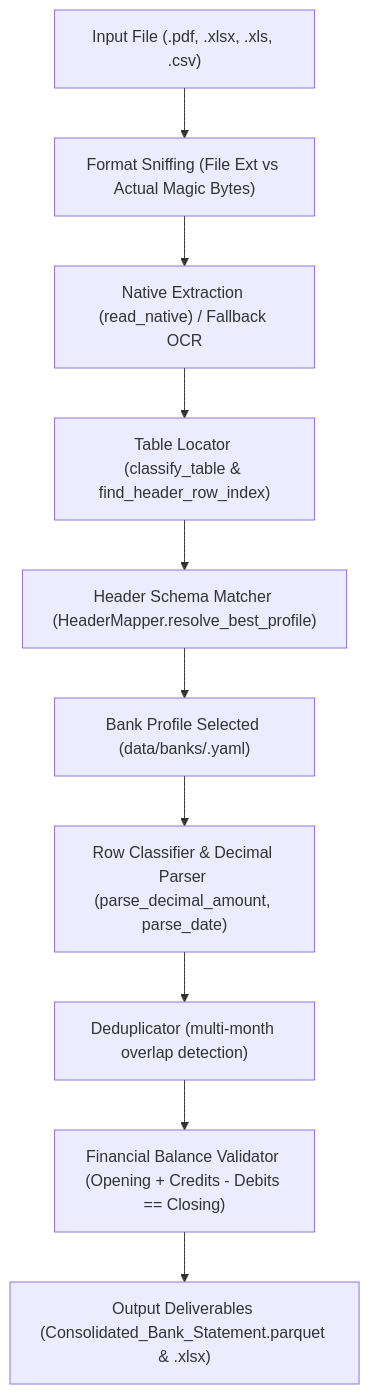
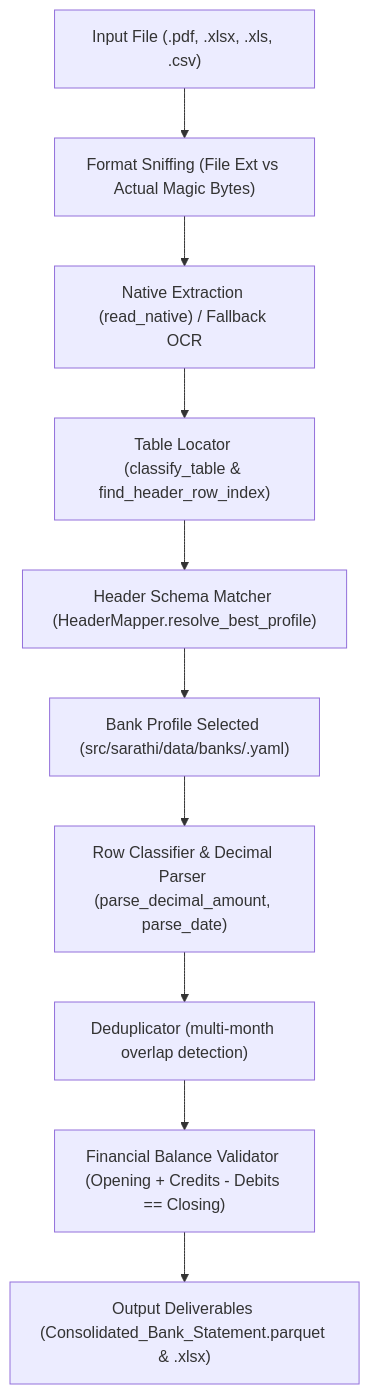
Before and after one commit to vkbhanwariya/Sarathi: the diagram in Vedas/Bank_Statement_Mapping_Guide.md, drawn with Mermaid. The commit also changed other lines of this file and 51 other files, not shown here.

````diff
--- a/Vedas/Bank_Statement_Mapping_Guide.md
+++ b/Vedas/Bank_Statement_Mapping_Guide.md
@@ -11,12 +11,12 @@
 ```mermaid
 flowchart TD
     A["Input File (.pdf, .xlsx, .xls, .csv)"] --> B["Format Sniffing (File Ext vs Actual Magic Bytes)"]
     B --> C["Native Extraction (read_native) / Fallback OCR"]
     C --> D["Table Locator (classify_table & find_header_row_index)"]
     D --> E["Header Schema Matcher (HeaderMapper.resolve_best_profile)"]
-    E --> F["Bank Profile Selected (data/banks/<bank_id>.yaml)"]
+    E --> F["Bank Profile Selected (src/sarathi/data/banks/<bank_id>.yaml)"]
     F --> G["Row Classifier & Decimal Parser (parse_decimal_amount, parse_date)"]
     G --> H["Deduplicator (multi-month overlap detection)"]
     H --> I["Financial Balance Validator (Opening + Credits - Debits == Closing)"]
     I --> J["Output Deliverables (Consolidated_Bank_Statement.parquet & .xlsx)"]
 ```
````
